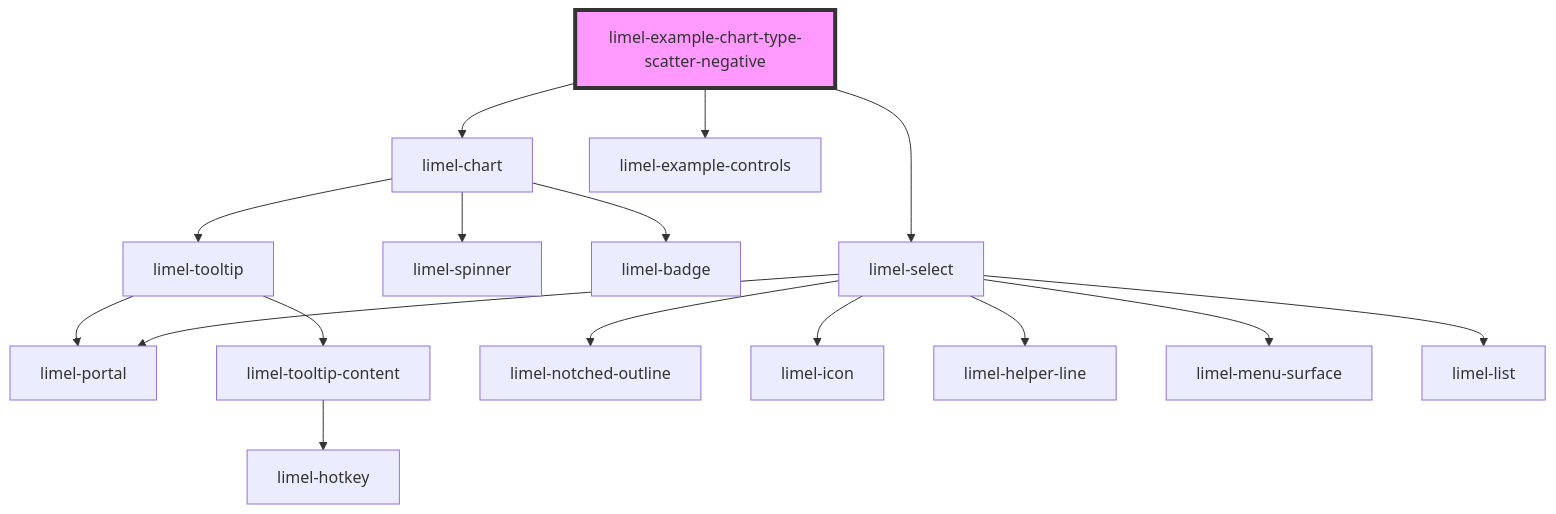
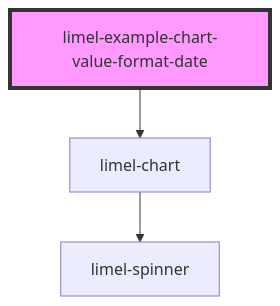
The diagram in versions/PR-4460/markdown-docs/components/chart/examples/readme.md (Lundalogik/lime-elements), drawn with Mermaid before and after one commit. The commit also changed other lines of this file and 638 other files, not shown here.

````diff
--- a/versions/PR-4460/markdown-docs/components/chart/examples/readme.md
+++ b/versions/PR-4460/markdown-docs/components/chart/examples/readme.md
@@ -25,19 +29,6 @@
 ```mermaid
 graph TD;
-  limel-example-chart-type-scatter-negative --> limel-chart
-  limel-example-chart-type-scatter-negative --> limel-example-controls
-  limel-example-chart-type-scatter-negative --> limel-select
+  limel-example-chart-value-format-date --> limel-chart
   limel-chart --> limel-spinner
-  limel-chart --> limel-badge
-  limel-chart --> limel-tooltip
-  limel-tooltip --> limel-portal
-  limel-tooltip --> limel-tooltip-content
-  limel-tooltip-content --> limel-hotkey
-  limel-select --> limel-notched-outline
-  limel-select --> limel-icon
-  limel-select --> limel-helper-line
-  limel-select --> limel-portal
-  limel-select --> limel-menu-surface
-  limel-select --> limel-list
-  style limel-example-chart-type-scatter-negative fill:#f9f,stroke:#333,stroke-width:4px
+  style limel-example-chart-value-format-date fill:#f9f,stroke:#333,stroke-width:4px
 ```
````
